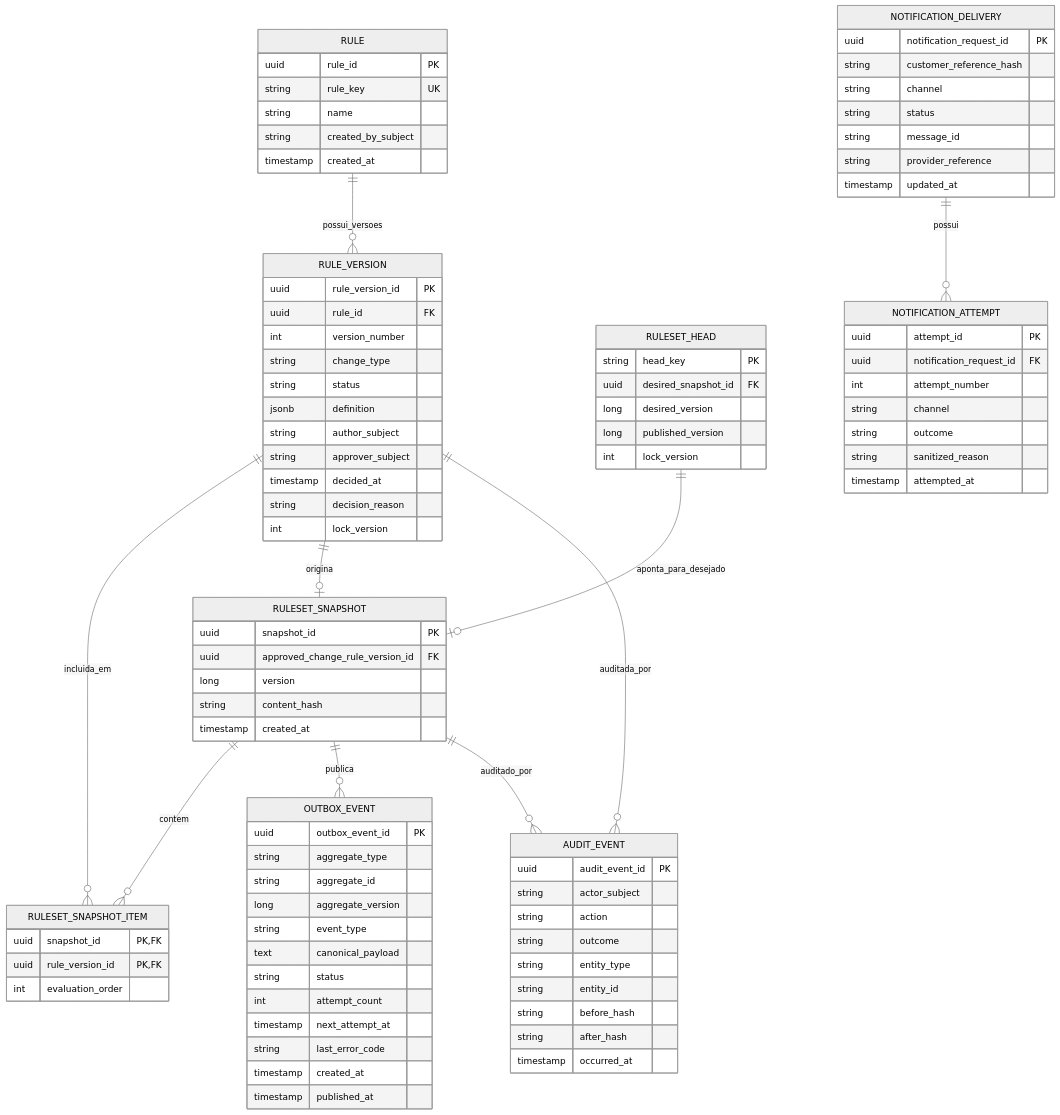
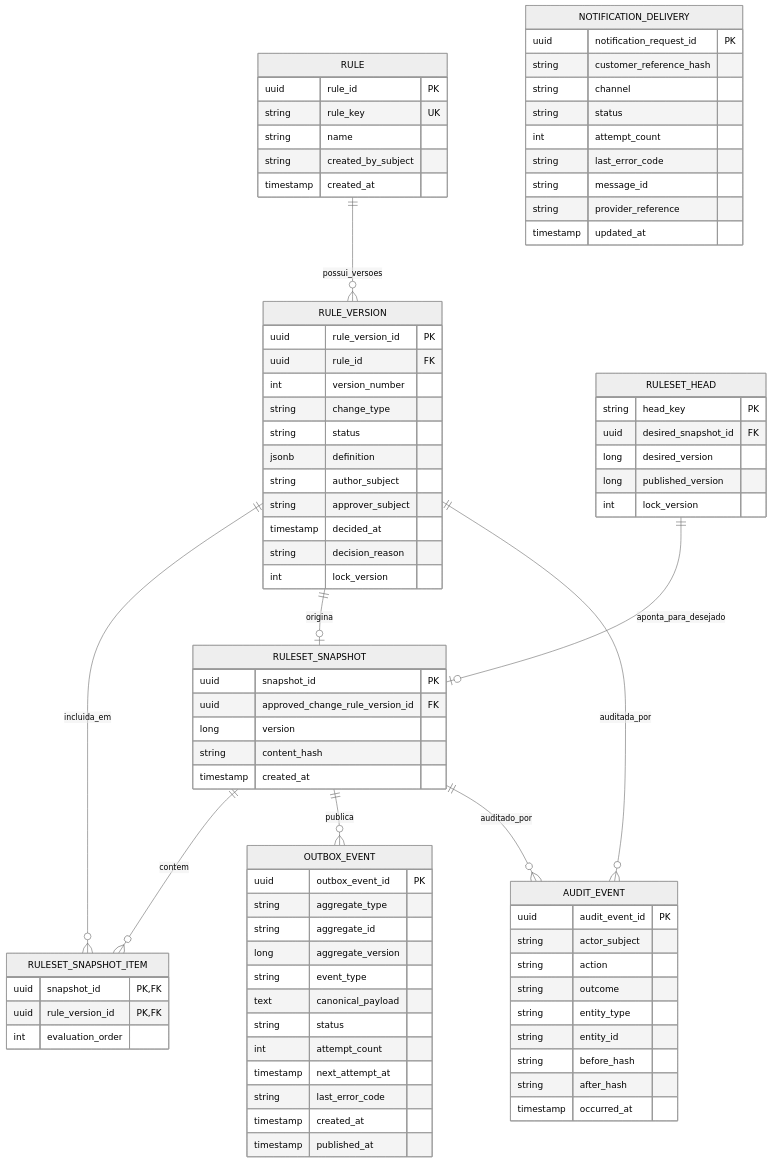
Before and after one commit to pablo-bochi/fraud-engine: the seventh of 8 diagrams in docs/plans/2026-09-04-1738-feat-fraud-detection-engine-plan.md, drawn with Mermaid (neutral theme). The commit also changed other lines of this file, not shown here.

````diff
--- a/docs/plans/2026-09-04-1738-feat-fraud-detection-engine-plan.md
+++ b/docs/plans/2026-09-04-1738-feat-fraud-detection-engine-plan.md
@@ -521,7 +530,6 @@
   RULESET_SNAPSHOT ||--o{ OUTBOX_EVENT : publica
   RULE_VERSION ||--o{ AUDIT_EVENT : auditada_por
   RULESET_SNAPSHOT ||--o{ AUDIT_EVENT : auditado_por
-  NOTIFICATION_DELIVERY ||--o{ NOTIFICATION_ATTEMPT : possui
 
   RULE {
     uuid rule_id PK
@@ -592,17 +600,10 @@
     string customer_reference_hash
     string channel
     string status
+    int attempt_count
+    string last_error_code
     string message_id
     string provider_reference
     timestamp updated_at
   }
-  NOTIFICATION_ATTEMPT {
-    uuid attempt_id PK
-    uuid notification_request_id FK
-    int attempt_number
-    string channel
-    string outcome
-    string sanitized_reason
-    timestamp attempted_at
-  }
 ```
````
